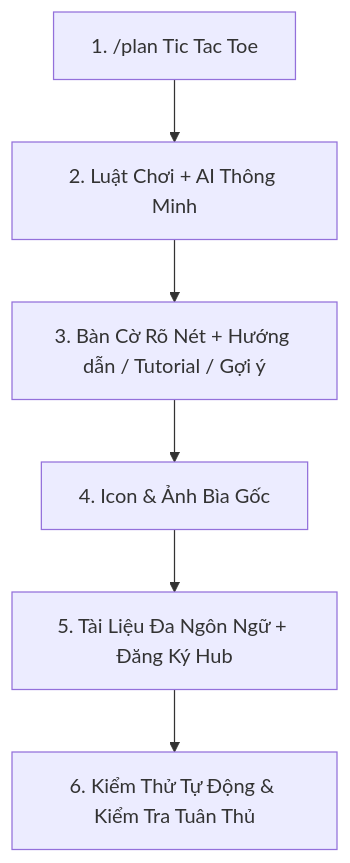
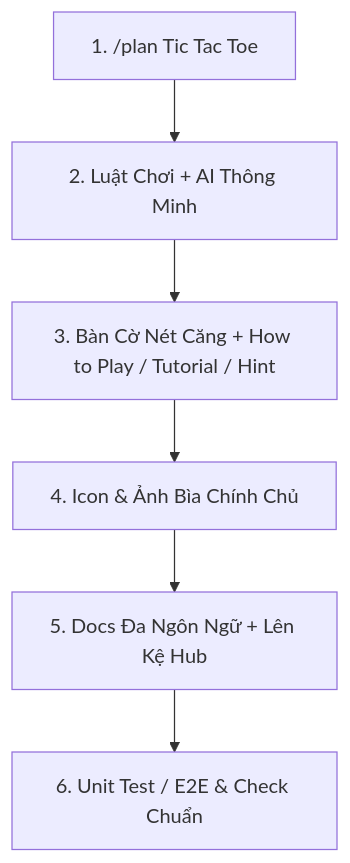
The diagram in courses/day-07-building-a-board-game/README.vi.md (vuhung16au/gemini-games), drawn with Mermaid before and after one commit. The commit also changed other lines of this file and 29 other files, not shown here.

````diff
--- a/courses/day-07-building-a-board-game/README.vi.md
+++ b/courses/day-07-building-a-board-game/README.vi.md
@@ -12,8 +12,8 @@
 ```mermaid
 flowchart TD
   Plan["1. /plan Tic Tac Toe"] --> Sim["2. Luật Chơi + AI Thông Minh"]
-  Sim --> UI["3. Bàn Cờ Rõ Nét + Hướng dẫn / Tutorial / Gợi ý"]
-  UI --> Art["4. Icon & Ảnh Bìa Gốc"]
-  Art --> Docs["5. Tài Liệu Đa Ngôn Ngữ + Đăng Ký Hub"]
-  Docs --> Verify["6. Kiểm Thử Tự Động & Kiểm Tra Tuân Thủ"]
+  Sim --> UI["3. Bàn Cờ Nét Căng + How to Play / Tutorial / Hint"]
+  UI --> Art["4. Icon & Ảnh Bìa Chính Chủ"]
+  Art --> Docs["5. Docs Đa Ngôn Ngữ + Lên Kệ Hub"]
+  Docs --> Verify["6. Unit Test / E2E & Check Chuẩn"]
 ```
````
